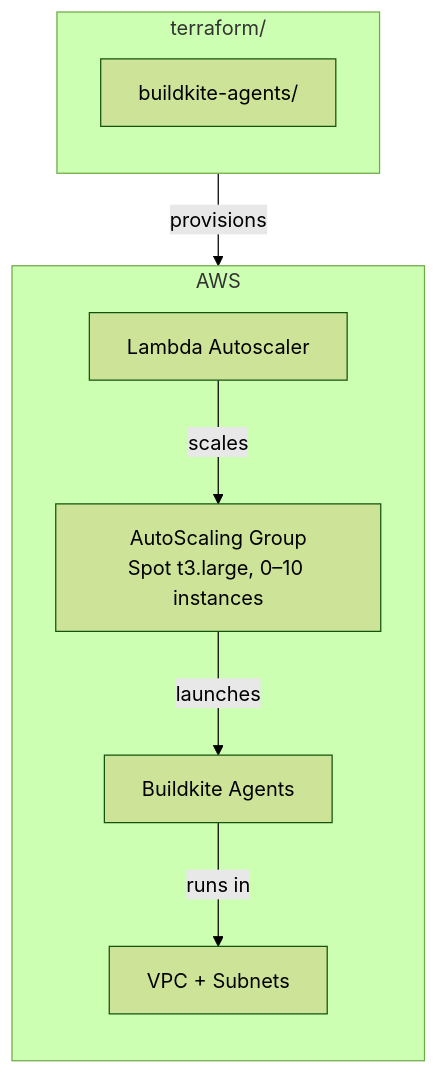
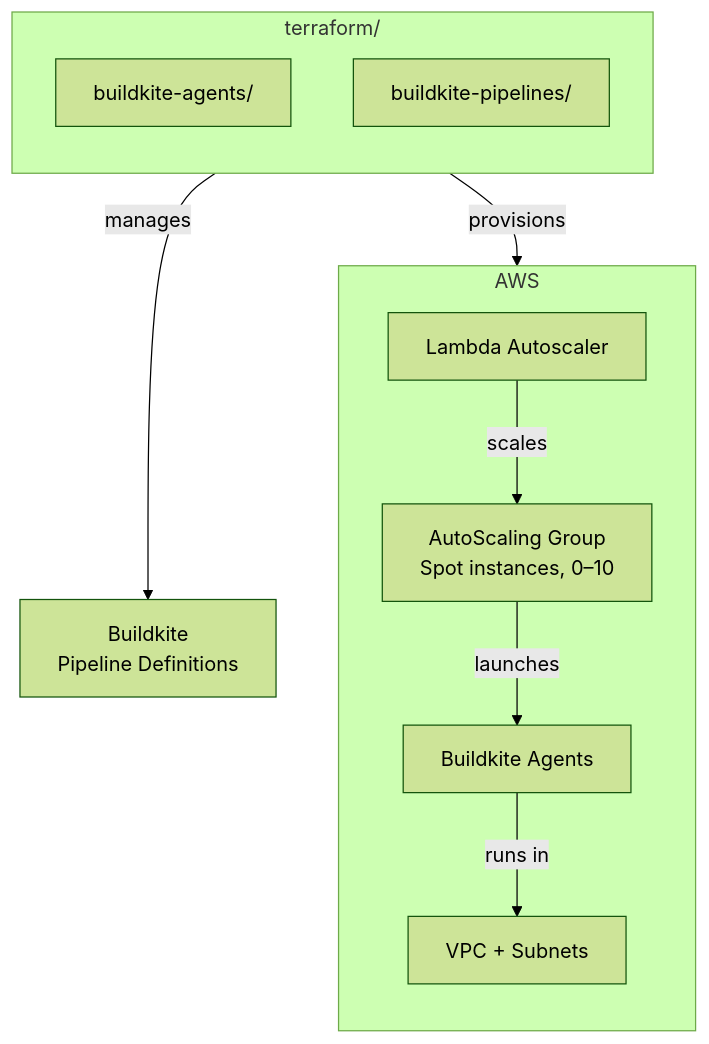
One commit to mock-server/mockserver changed the diagram in terraform/README.md. Above: the diagram before and after it, drawn with Mermaid (forest theme). The commit also changed other lines of this file and 8 other files, not shown here.

First line of the commit message:
Add Terraform-managed Buildkite pipeline definitions

````diff
--- a/terraform/README.md
+++ b/terraform/README.md
@@ -5,21 +5,23 @@
 ```mermaid
 graph TB
     subgraph "terraform/"
         direction TB
         BA["buildkite-agents/"]
+        BP["buildkite-pipelines/"]
     end
 
-    BA --> |provisions| AWS["AWS eu-west-2<br/>Build Agent Account"]
+    BA -->|provisions| AWS["AWS eu-west-2<br/>Build Agent Account"]
+    BP -->|manages| BK["Buildkite<br/>Pipeline Definitions"]
 
     subgraph AWS
         direction TB
         VPC[VPC + Subnets]
-        ASG[AutoScaling Group<br/>Spot t3.large, 0–10 instances]
+        ASG[AutoScaling Group<br/>Spot instances, 0–10]
         SCALER[Lambda Autoscaler]
         AGENT[Buildkite Agents]
     end
 
     SCALER -->|scales| ASG
     ASG -->|launches| AGENT
     AGENT -->|runs in| VPC
 ```
````
